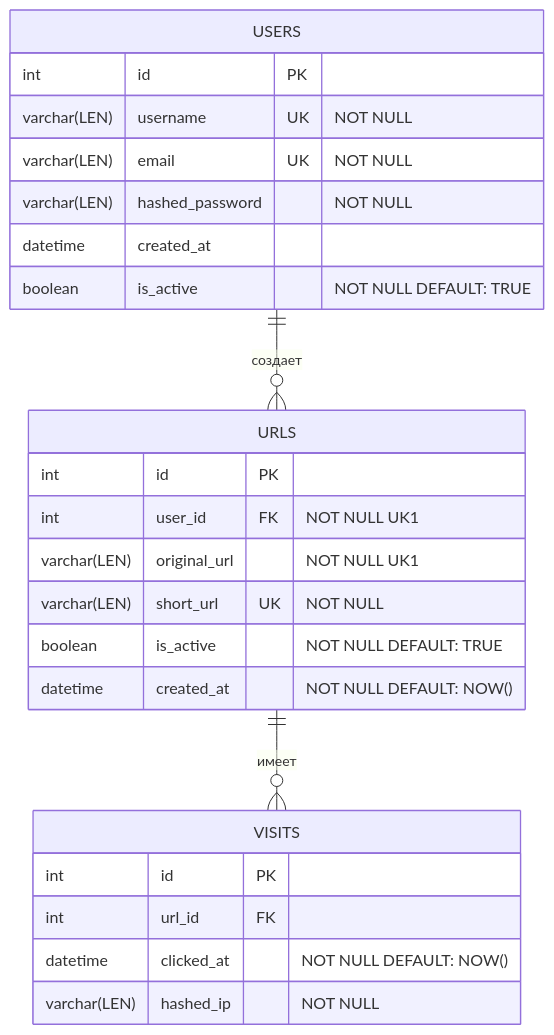
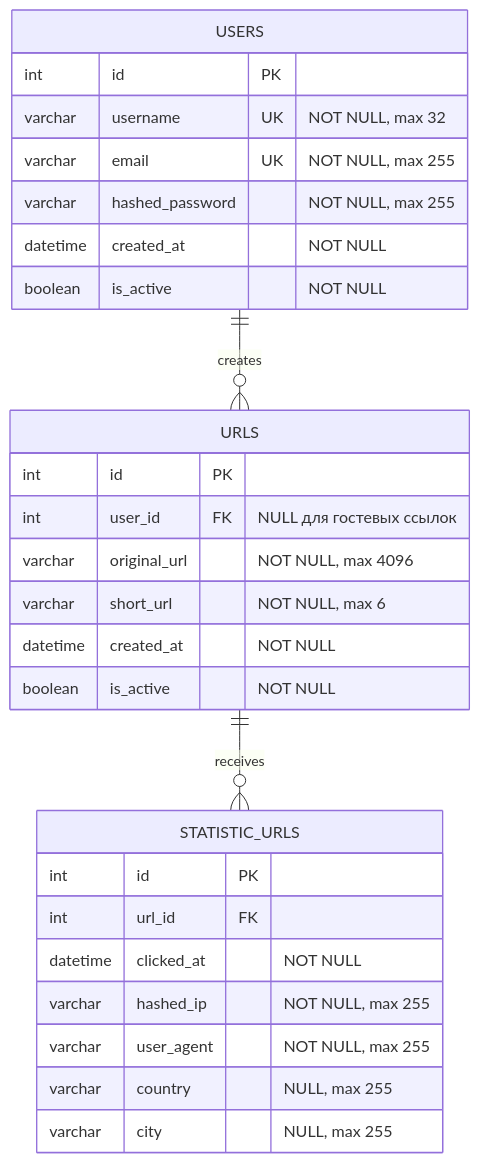
One commit to blu6i/backend-short-link changed the diagram in docs/ERD.md. Above: the diagram before and after it, drawn with Mermaid. The commit also changed other lines of this file and 11 other files, not shown here.

````diff
--- a/docs/ERD.md
+++ b/docs/ERD.md
@@ -3,30 +3,33 @@
 ```mermaid
 erDiagram
     USERS {
         int id PK
-        varchar(LEN) username UK "NOT NULL"
-        varchar(LEN) email UK "NOT NULL"
-        varchar(LEN) hashed_password "NOT NULL"
-        datetime created_at
-        boolean is_active "NOT NULL DEFAULT: TRUE"
+        varchar username UK "NOT NULL, max 32"
+        varchar email UK "NOT NULL, max 255"
+        varchar hashed_password "NOT NULL, max 255"
+        datetime created_at "NOT NULL"
+        boolean is_active "NOT NULL"
     }
 
     URLS {
         int id PK
-        int user_id FK "NOT NULL UK1"
-        varchar(LEN) original_url "NOT NULL UK1"
-        varchar(LEN) short_url UK "NOT NULL"
-        boolean is_active "NOT NULL DEFAULT: TRUE"
-        datetime created_at "NOT NULL DEFAULT: NOW()"
+        int user_id FK "NULL для гостевых ссылок"
+        varchar original_url "NOT NULL, max 4096"
+        varchar short_url "NOT NULL, max 6"
+        datetime created_at "NOT NULL"
+        boolean is_active "NOT NULL"
     }
-    
-    VISITS {
+
+    STATISTIC_URLS {
         int id PK
         int url_id FK
-        datetime clicked_at "NOT NULL DEFAULT: NOW()"
-        varchar(LEN) hashed_ip "NOT NULL"
+        datetime clicked_at "NOT NULL"
+        varchar hashed_ip "NOT NULL, max 255"
+        varchar user_agent "NOT NULL, max 255"
+        varchar country "NULL, max 255"
+        varchar city "NULL, max 255"
     }
 
-    USERS ||--o{ URLS : "создает"
-    URLS ||--o{ VISITS : "имеет"
+    USERS ||--o{ URLS : creates
+    URLS ||--o{ STATISTIC_URLS : receives
 ```
````
